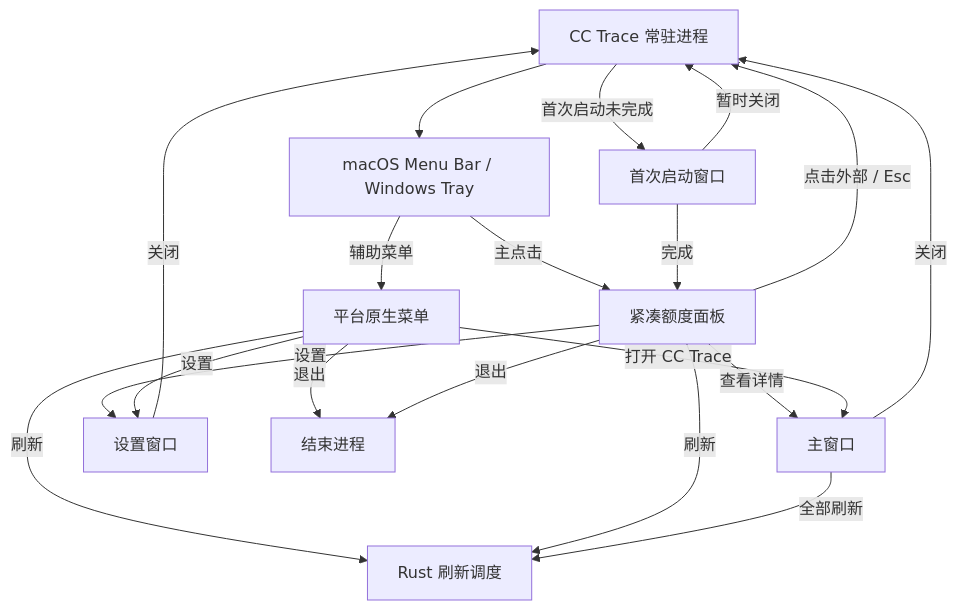
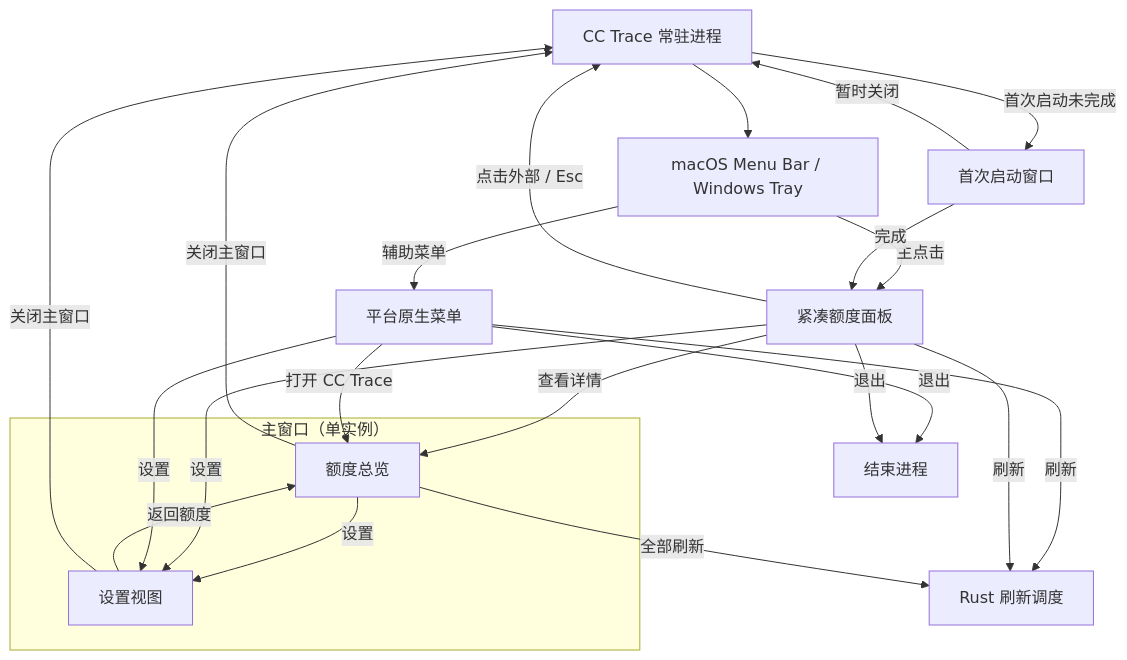
One commit to nanvon/cc-trace changed the first of 3 diagrams in docs/信息架构与核心流程.md. Above: the diagram before and after it, drawn with Mermaid. The commit also changed other lines of this file and 32 other files, not shown here.

````diff
--- a/docs/信息架构与核心流程.md
+++ b/docs/信息架构与核心流程.md
@@ -238,21 +242,27 @@
 ```mermaid
 flowchart TD
     A["CC Trace 常驻进程"] --> B["macOS Menu Bar / Windows Tray"]
     B -->|"主点击"| C["紧凑额度面板"]
     B -->|"辅助菜单"| D["平台原生菜单"]
-    C -->|"查看详情"| E["主窗口"]
-    C -->|"设置"| F["设置窗口"]
+    subgraph M["主窗口（单实例）"]
+        E["额度总览"]
+        F["设置视图"]
+        E -->|"设置"| F
+        F -->|"返回额度"| E
+    end
+    C -->|"查看详情"| E
+    C -->|"设置"| F
     D -->|"打开 CC Trace"| E
     D -->|"设置"| F
     D -->|"刷新"| G["Rust 刷新调度"]
     C -->|"刷新"| G
     E -->|"全部刷新"| G
     A -->|"首次启动未完成"| H["首次启动窗口"]
     H -->|"完成"| C
-    E -->|"关闭"| A
-    F -->|"关闭"| A
+    E -->|"关闭主窗口"| A
+    F -->|"关闭主窗口"| A
     H -->|"暂时关闭"| A
     C -->|"点击外部 / Esc"| A
     D -->|"退出"| I["结束进程"]
     C -->|"退出"| I
 ```
````
